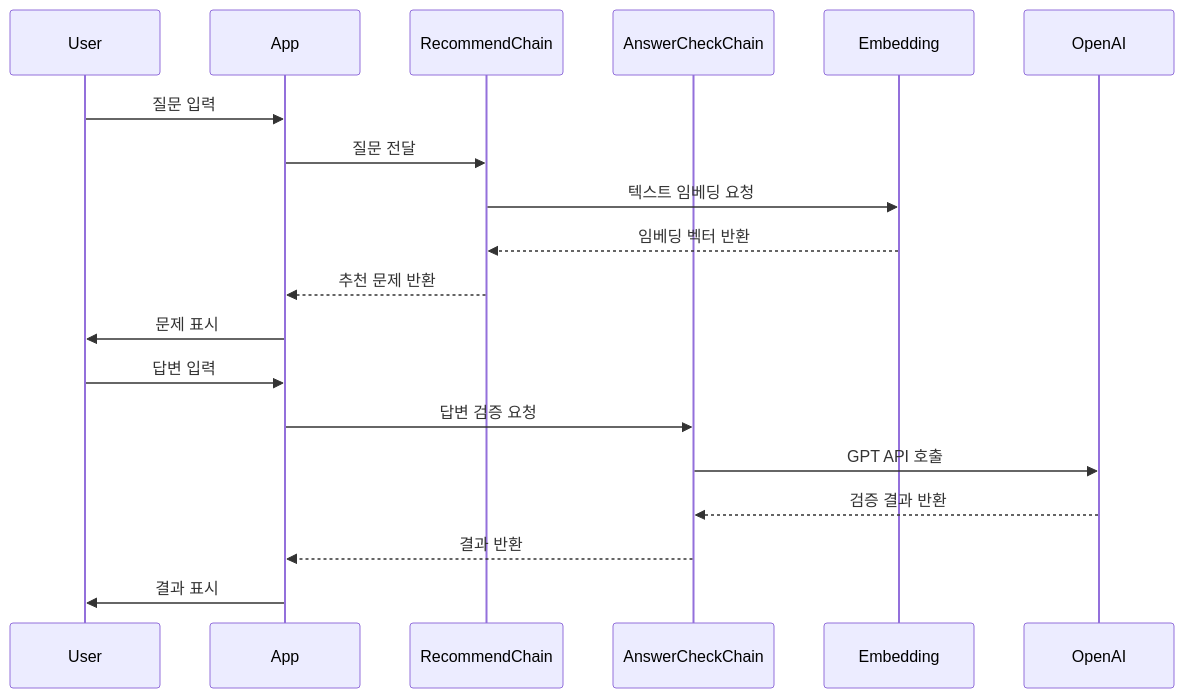
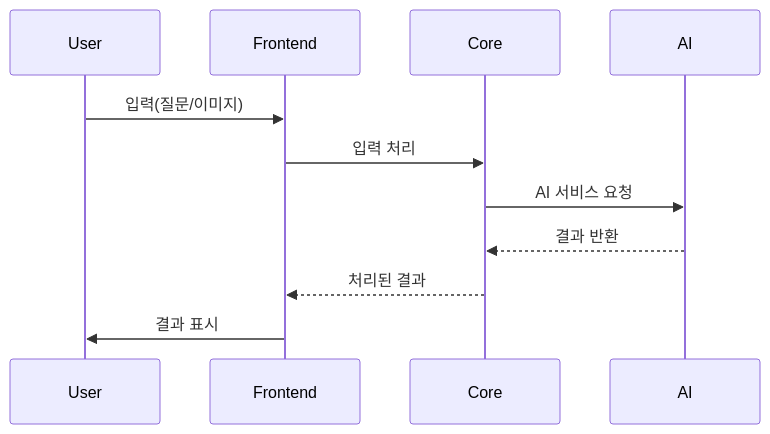
One commit to SKNETWORKS-FAMILY-AICAMP/SKN03-4th-3Team changed the second of 3 diagrams in README.md. Above: the diagram before and after it, drawn with Mermaid. The commit also changed other lines of this file, not shown here.

````diff
--- a/README.md
+++ b/README.md
@@ -147,23 +97,14 @@
 ```mermaid
 sequenceDiagram
     participant User
-    participant App
-    participant RecommendChain
-    participant AnswerCheckChain
-    participant Embedding
-    participant OpenAI
-
-    User->>App: 질문 입력
-    App->>RecommendChain: 질문 전달
-    RecommendChain->>Embedding: 텍스트 임베딩 요청
-    Embedding-->>RecommendChain: 임베딩 벡터 반환
-    RecommendChain-->>App: 추천 문제 반환
-    App->>User: 문제 표시
+    participant Frontend
+    participant Core
+    participant AI
     
-    User->>App: 답변 입력
-    App->>AnswerCheckChain: 답변 검증 요청
-    AnswerCheckChain->>OpenAI: GPT API 호출
-    OpenAI-->>AnswerCheckChain: 검증 결과 반환
-    AnswerCheckChain-->>App: 결과 반환
-    App->>User: 결과 표시
+    User->>Frontend: 입력(질문/이미지)
+    Frontend->>Core: 입력 처리
+    Core->>AI: AI 서비스 요청
+    AI-->>Core: 결과 반환
+    Core-->>Frontend: 처리된 결과
+    Frontend->>User: 결과 표시
 ```
````
